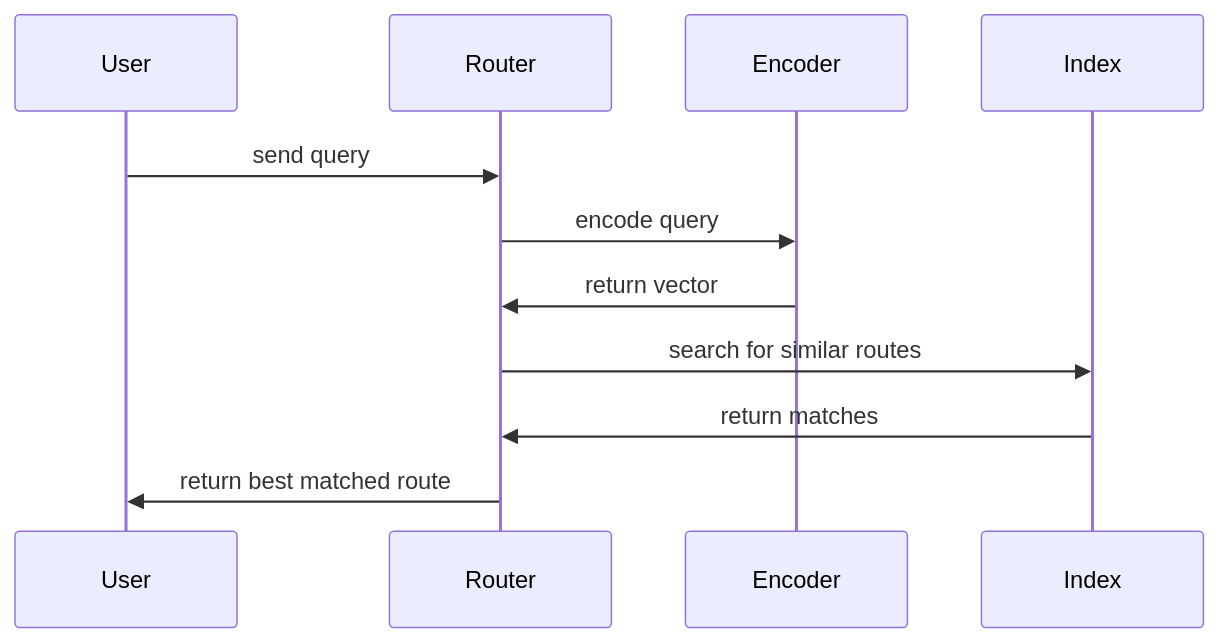
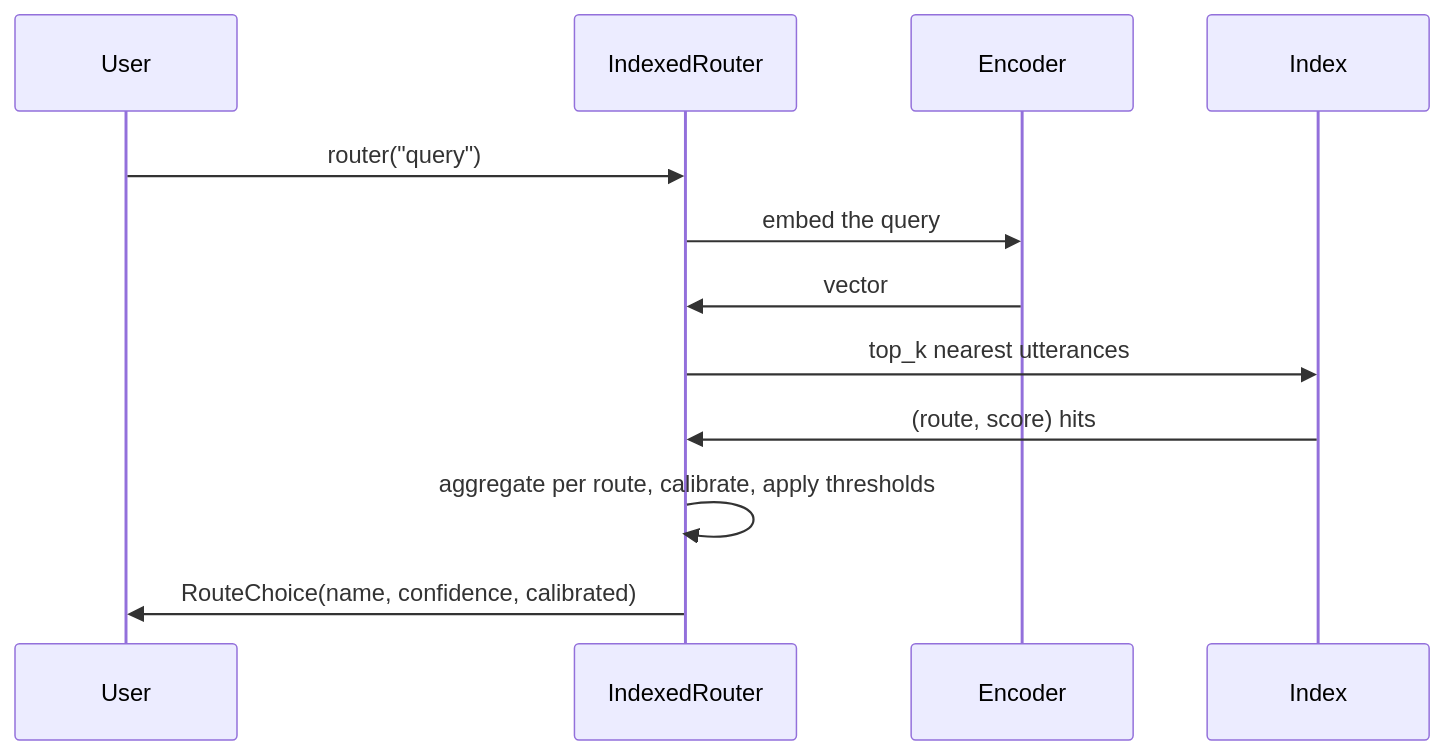
One commit to aurelio-labs/docs changed the sixth of 7 diagrams in semantic-router/v1/user-guide/concepts/architecture.mdx. Above: the diagram before and after it, drawn with Mermaid. The commit also changed other lines of this file and 63 other files, not shown here.

````diff
--- a/semantic-router/v1/user-guide/concepts/architecture.mdx
+++ b/semantic-router/v1/user-guide/concepts/architecture.mdx
@@ -96,13 +117,14 @@
 ```mermaid
 sequenceDiagram
     participant User
-    participant Router
+    participant Router as IndexedRouter
     participant Encoder
     participant Index
-    User->>Router: send query
-    Router->>Encoder: encode query
-    Encoder->>Router: return vector
-    Router->>Index: search for similar routes
-    Index->>Router: return matches
-    Router->>User: return best matched route
+    User->>Router: router("query")
+    Router->>Encoder: embed the query
+    Encoder->>Router: vector
+    Router->>Index: top_k nearest utterances
+    Index->>Router: (route, score) hits
+    Router->>Router: aggregate per route, calibrate, apply thresholds
+    Router->>User: RouteChoice(name, confidence, calibrated)
 ```
````
